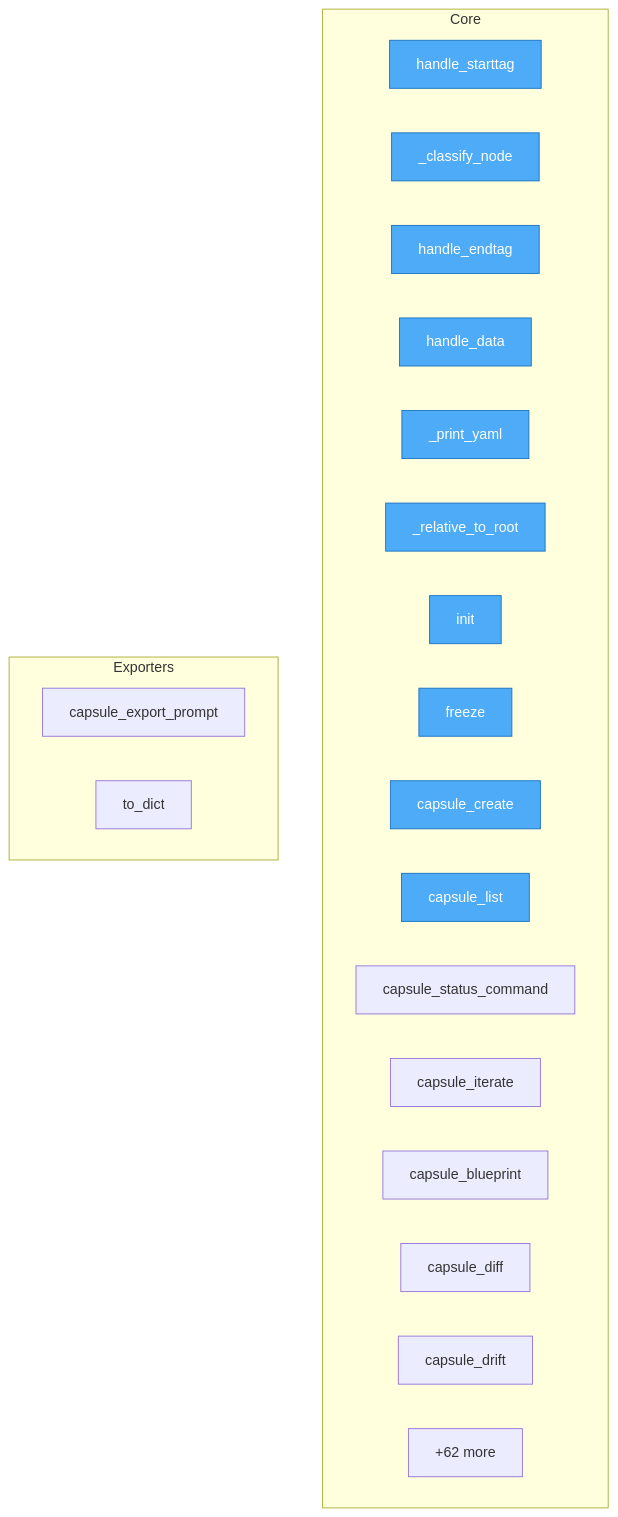
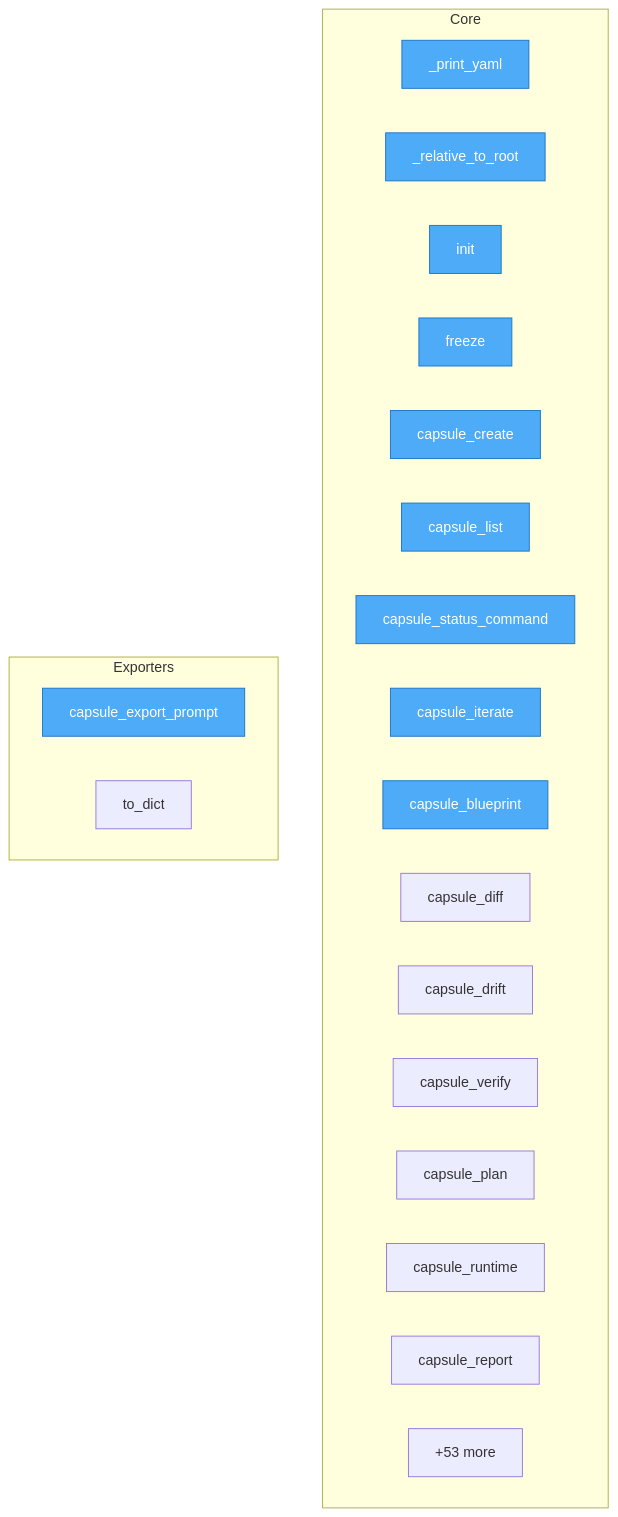
Before and after one commit to autogrammar/nexu: the diagram in project/flow.mmd, drawn with Mermaid. The commit also changed 50 other files, not shown here.

```diff
--- a/project/flow.mmd
+++ b/project/flow.mmd
@@ -1,31 +1,31 @@
 flowchart TD
-%% generated in 0.01s
+%% generated in 0.02s
 
     %% Entry points (blue)
     classDef entry fill:#4dabf7,stroke:#1971c2,color:#fff
 
     subgraph Core
-        src__nexu__cinema_project_ir___ProjectIRParser__handle_starttag["handle_starttag"]
-        src__nexu__cinema_project_ir___ProjectIRParser___classify_node["_classify_node"]
-        src__nexu__cinema_project_ir___ProjectIRParser__handle_endtag["handle_endtag"]
-        src__nexu__cinema_project_ir___ProjectIRParser__handle_data["handle_data"]
         src__nexu__cli___print_yaml["_print_yaml"]
         src__nexu__cli___relative_to_root["_relative_to_root"]
         src__nexu__cli__init["init"]
         src__nexu__cli__freeze["freeze"]
         src__nexu__cli__capsule_create["capsule_create"]
         src__nexu__cli__capsule_list["capsule_list"]
         src__nexu__cli__capsule_status_command["capsule_status_command"]
         src__nexu__cli__capsule_iterate["capsule_iterate"]
         src__nexu__cli__capsule_blueprint["capsule_blueprint"]
         src__nexu__cli__capsule_diff["capsule_diff"]
         src__nexu__cli__capsule_drift["capsule_drift"]
-        ...["+62 more"]
+        src__nexu__cli__capsule_verify["capsule_verify"]
+        src__nexu__cli__capsule_plan["capsule_plan"]
+        src__nexu__cli__capsule_runtime["capsule_runtime"]
+        src__nexu__cli__capsule_report["capsule_report"]
+        ...["+53 more"]
     end
 
     subgraph Exporters
         src__nexu__cli__capsule_export_prompt["capsule_export_prompt"]
         src__vico__models__PromptExport__to_dict["to_dict"]
     end
 
-    class src__nexu__cinema_project_ir___ProjectIRParser__handle_starttag,src__nexu__cinema_project_ir___ProjectIRParser___classify_node,src__nexu__cinema_project_ir___ProjectIRParser__handle_endtag,src__nexu__cinema_project_ir___ProjectIRParser__handle_data,src__nexu__cli___print_yaml,src__nexu__cli___relative_to_root,src__nexu__cli__init,src__nexu__cli__freeze,src__nexu__cli__capsule_create,src__nexu__cli__capsule_list entry
+    class src__nexu__cli___print_yaml,src__nexu__cli___relative_to_root,src__nexu__cli__init,src__nexu__cli__freeze,src__nexu__cli__capsule_create,src__nexu__cli__capsule_list,src__nexu__cli__capsule_status_command,src__nexu__cli__capsule_iterate,src__nexu__cli__capsule_blueprint,src__nexu__cli__capsule_export_prompt entry
```
